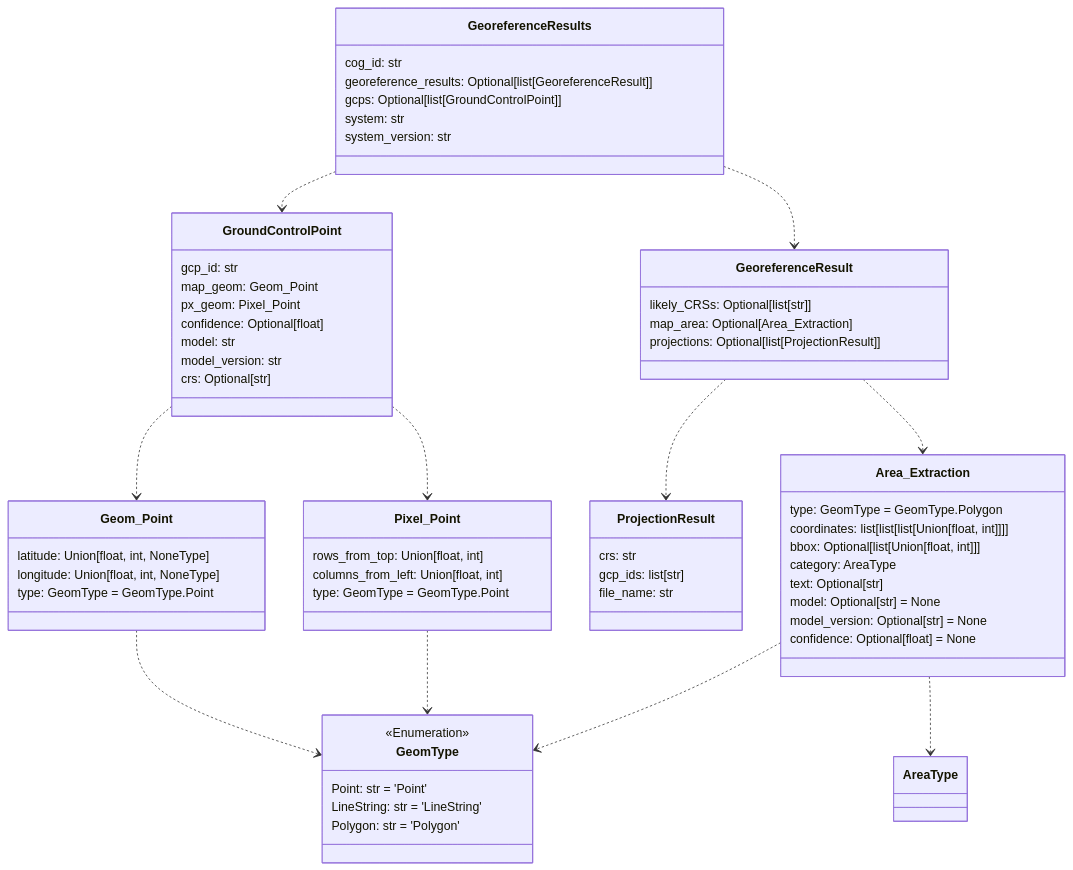
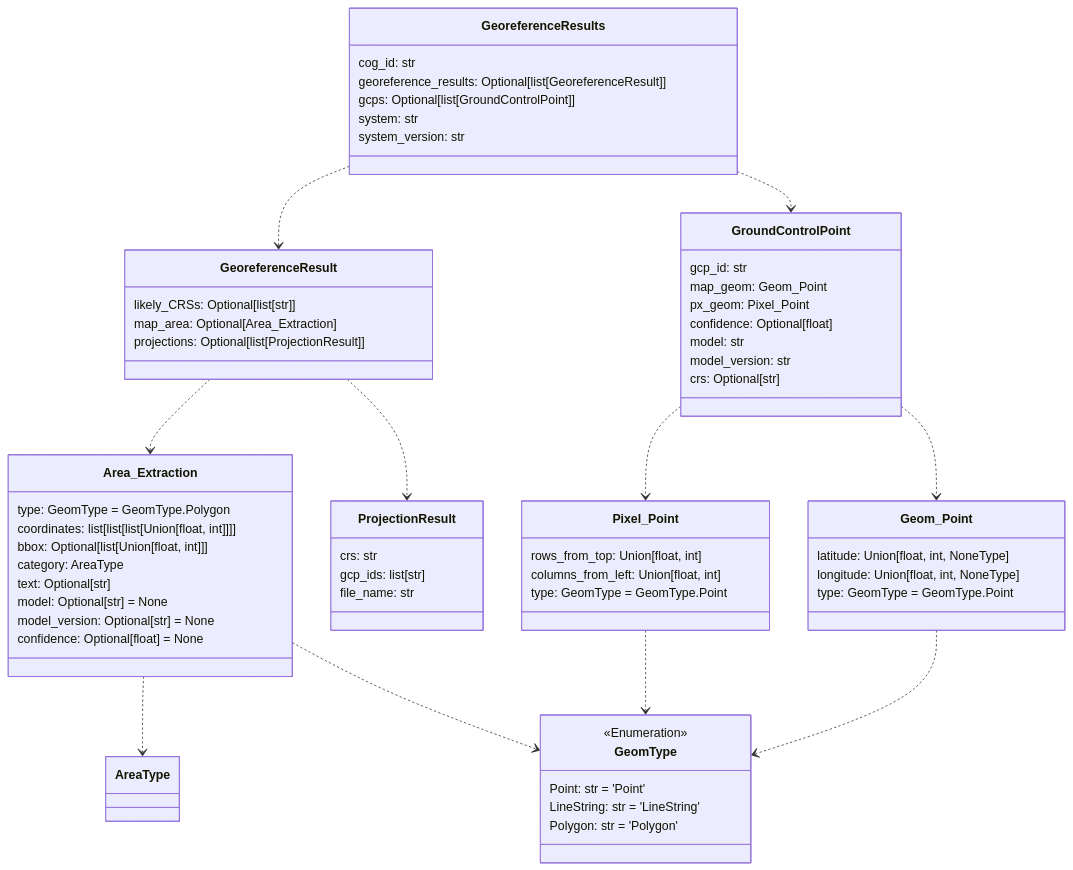
One commit to DARPA-CRITICALMAAS/cdr_schemas changed the second of 12 diagrams in README.md. Above: the diagram before and after it, drawn with Mermaid. The commit also changed other lines of this file and 1 other file, not shown here.

Commit message:
version bump

````diff
--- a/README.md
+++ b/README.md
@@ -113,76 +113,76 @@
 ```mermaid
 classDiagram
-
-    class Geom_Point {
-        latitude: Union[float, int, NoneType]
-        longitude: Union[float, int, NoneType]
-        type: GeomType = GeomType.Point
-    }
-
-    class Pixel_Point {
-        rows_from_top: Union[float, int]
-        columns_from_left: Union[float, int]
-        type: GeomType = GeomType.Point
-    }
-
-    class Area_Extraction {
-        type: GeomType = GeomType.Polygon
-        coordinates: list[list[list[Union[float, int]]]]
-        bbox: Optional[list[Union[float, int]]]
-        category: AreaType
-        text: Optional[str]
-        model: Optional[str] = None
-        model_version: Optional[str] = None
-        confidence: Optional[float] = None
-    }
 
     class GeoreferenceResults {
         cog_id: str
         georeference_results: Optional[list[GeoreferenceResult]]
         gcps: Optional[list[GroundControlPoint]]
         system: str
         system_version: str
     }
 
-    class ProjectionResult {
-        crs: str
-        gcp_ids: list[str]
-        file_name: str
-    }
-
     class GeoreferenceResult {
         likely_CRSs: Optional[list[str]]
         map_area: Optional[Area_Extraction]
         projections: Optional[list[ProjectionResult]]
+    }
+
+    class Pixel_Point {
+        rows_from_top: Union[float, int]
+        columns_from_left: Union[float, int]
+        type: GeomType = GeomType.Point
     }
 
     class GeomType {
         <<Enumeration>>
         Point: str = 'Point'
         LineString: str = 'LineString'
         Polygon: str = 'Polygon'
     }
 
     class GroundControlPoint {
         gcp_id: str
         map_geom: Geom_Point
         px_geom: Pixel_Point
         confidence: Optional[float]
         model: str
         model_version: str
         crs: Optional[str]
     }
 
+    class Area_Extraction {
+        type: GeomType = GeomType.Polygon
+        coordinates: list[list[list[Union[float, int]]]]
+        bbox: Optional[list[Union[float, int]]]
+        category: AreaType
+        text: Optional[str]
+        model: Optional[str] = None
+        model_version: Optional[str] = None
+        confidence: Optional[float] = None
+    }
+
+    class ProjectionResult {
+        crs: str
+        gcp_ids: list[str]
+        file_name: str
+    }
+
+    class Geom_Point {
+        latitude: Union[float, int, NoneType]
+        longitude: Union[float, int, NoneType]
+        type: GeomType = GeomType.Point
+    }
+
+    Area_Extraction ..> AreaType
     Area_Extraction ..> GeomType
-    Area_Extraction ..> AreaType
     Geom_Point ..> GeomType
     Pixel_Point ..> GeomType
+    GroundControlPoint ..> Pixel_Point
     GroundControlPoint ..> Geom_Point
-    GroundControlPoint ..> Pixel_Point
+    GeoreferenceResult ..> Area_Extraction
     GeoreferenceResult ..> ProjectionResult
-    GeoreferenceResult ..> Area_Extraction
+    GeoreferenceResults ..> GeoreferenceResult
     GeoreferenceResults ..> GroundControlPoint
-    GeoreferenceResults ..> GeoreferenceResult
 
 
 ```
````
